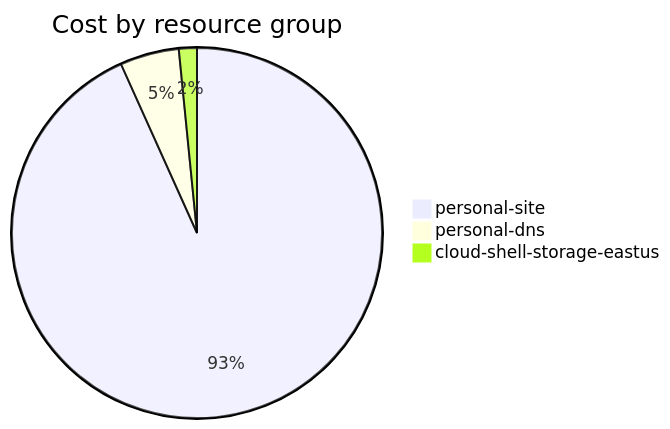
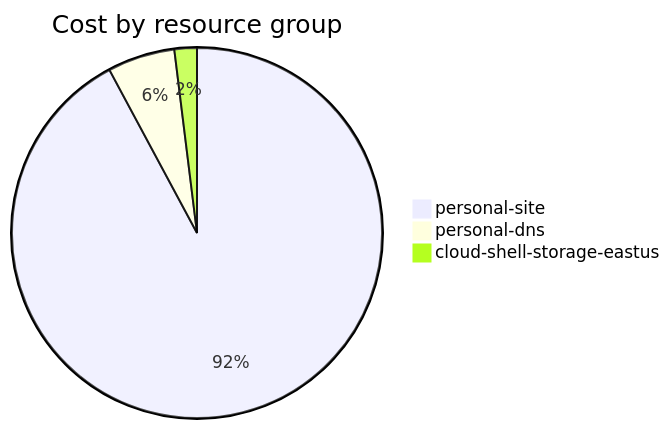
One commit to jpfulton/azure-personal-reports changed the fourth of 4 diagrams in cost-reports/accumulated-cost.md. Above: the diagram before and after it, drawn with Mermaid. The commit also changed other lines of this file and 4 other files, not shown here.

````diff
--- a/cost-reports/accumulated-cost.md
+++ b/cost-reports/accumulated-cost.md
@@ -141,7 +141,7 @@
 ```mermaid
 pie
    title Cost by resource group
-   "personal-site" : 17.19
-   "personal-dns" : 0.95
-   "cloud-shell-storage-eastus" : 0.29
+   "personal-site" : 0.47
+   "personal-dns" : 0.03
+   "cloud-shell-storage-eastus" : 0.01
 ```
````
